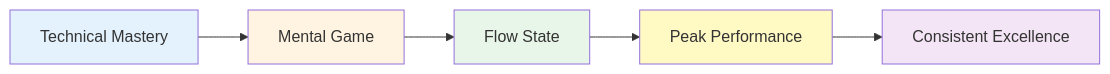
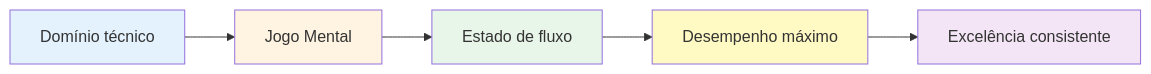
One commit to patwii/petanque-academy changed the second of 2 diagrams in docs/pt/news/index.md. Above: the diagram before and after it, drawn with Mermaid. The commit also changed other lines of this file and 532 other files, not shown here.

````diff
--- a/docs/pt/news/index.md
+++ b/docs/pt/news/index.md
@@ -82,13 +104,13 @@
 ```mermaid
 graph LR
-    A[Technical Mastery] --> B[Mental Game]
-    B --> C[Flow State]
-    C --> D[Peak Performance]
-    D --> E[Consistent Excellence]
+    A[Domínio técnico] --> B[Jogo Mental]
+    B --> C[Estado de fluxo]
+    C --> D[Desempenho máximo]
+    D --> E[Excelência consistente]
 
     style A fill:#e3f2fd
     style B fill:#fff4e1
     style C fill:#e8f5e9
     style D fill:#fff9c4
     style E fill:#f3e5f5
 ```
````
